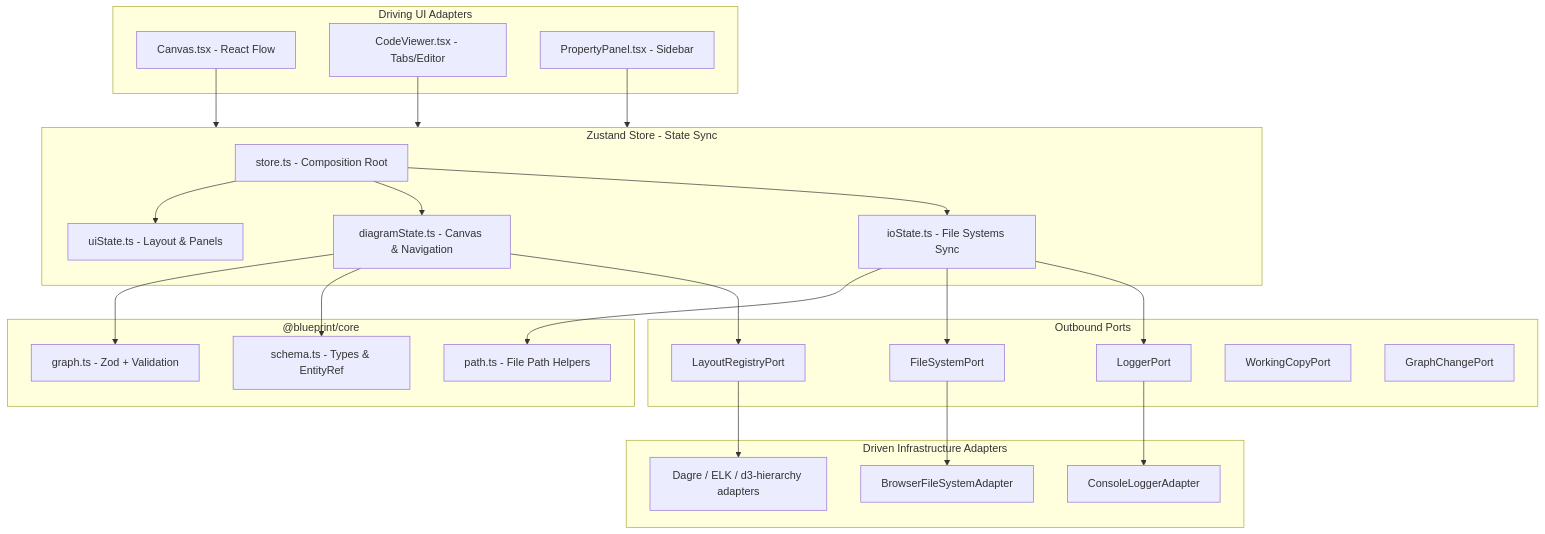
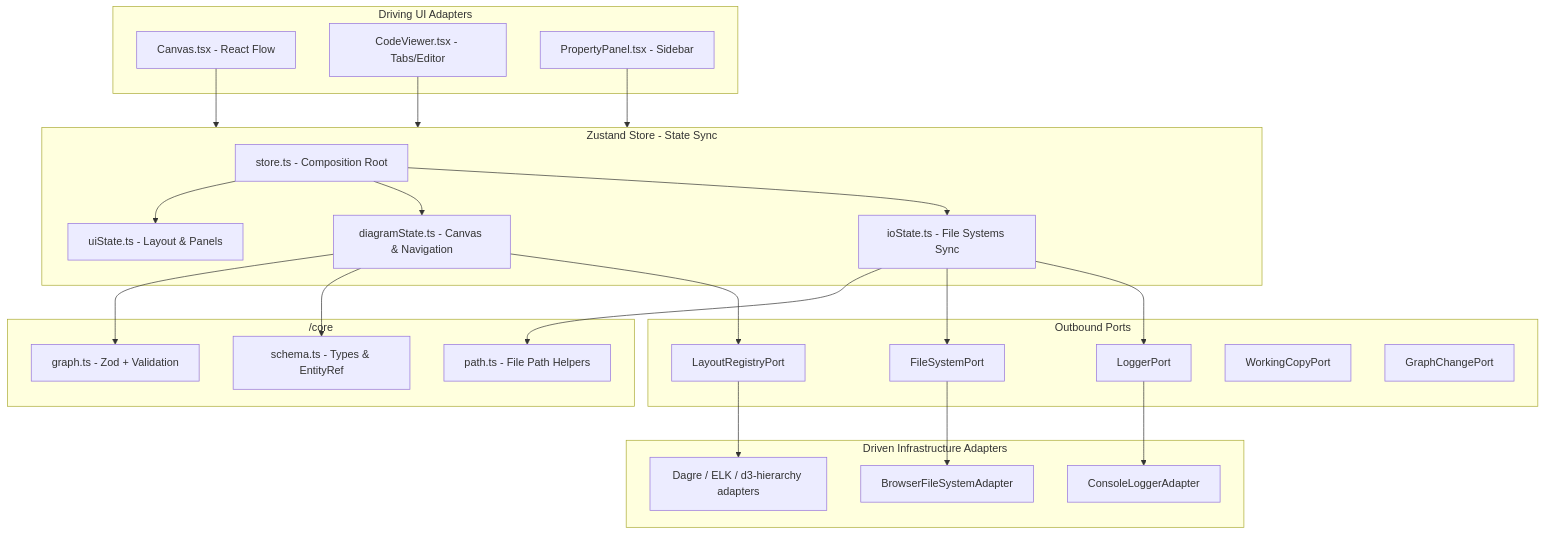
The first of 2 diagrams in docs/architecture.md (mzworthington/archlens), drawn with Mermaid before and after one commit. The commit also changed other lines of this file and 532 other files, not shown here.

````diff
--- a/docs/architecture.md
+++ b/docs/architecture.md
@@ -13,51 +13,51 @@
 ```mermaid
 graph TD
     subgraph Driving [Driving UI Adapters]
         Canvas[Canvas.tsx - React Flow]
         CodeViewer[CodeViewer.tsx - Tabs/Editor]
         PropertyPanel[PropertyPanel.tsx - Sidebar]
     end
 
     subgraph Store [Zustand Store - State Sync]
         StoreEntry[store.ts - Composition Root]
         UiState[uiState.ts - Layout & Panels]
         DiagramState[diagramState.ts - Canvas & Navigation]
         IoState[ioState.ts - File Systems Sync]
         StoreEntry --> UiState
         StoreEntry --> DiagramState
         StoreEntry --> IoState
     end
 
-    subgraph Core ["@blueprint/core"]
+    subgraph Core ["/core"]
         DomainSchema[schema.ts - Types & EntityRef]
         DomainGraph[graph.ts - Zod + Validation]
         DomainPath[path.ts - File Path Helpers]
     end
 
     subgraph Ports [Outbound Ports]
         FSPort[FileSystemPort]
         LoggerPort[LoggerPort]
         LayoutRegistry[LayoutRegistryPort]
         WorkingCopy[WorkingCopyPort]
         GraphChange[GraphChangePort]
     end
 
     subgraph Driven [Driven Infrastructure Adapters]
         FSAdapter[BrowserFileSystemAdapter]
         LogAdapter[ConsoleLoggerAdapter]
         LayoutAdapters[Dagre / ELK / d3-hierarchy adapters]
     end
 
     Canvas --> Store
     CodeViewer --> Store
     PropertyPanel --> Store
     DiagramState --> DomainGraph
     DiagramState --> DomainSchema
     IoState --> DomainPath
     IoState --> FSPort
     IoState --> LoggerPort
     DiagramState --> LayoutRegistry
     FSPort --> FSAdapter
     LoggerPort --> LogAdapter
     LayoutRegistry --> LayoutAdapters
 ```
````
